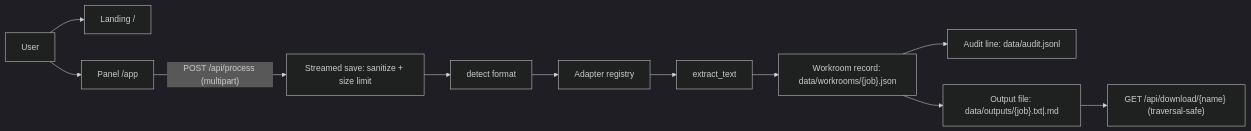
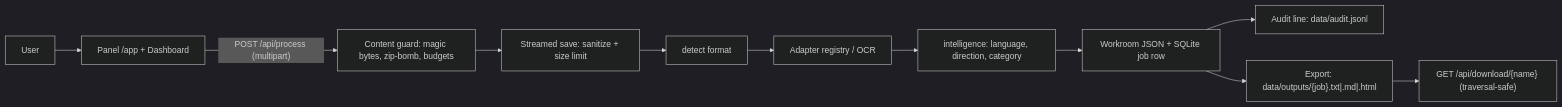
The diagram in README.md (ansariaiadmin/universal-document-os), drawn with Mermaid (dark theme) before and after one commit. The commit also changed other lines of this file and 38 other files, not shown here.

````diff
--- a/README.md
+++ b/README.md
@@ -114,13 +109,13 @@
 ```mermaid
 flowchart LR
-  U[User] --> L["Landing /"]
-  U --> P["Panel /app"]
-  P -->|"POST /api/process (multipart)"| S["Streamed save: sanitize + size limit"]
+  U[User] --> P["Panel /app + Dashboard"]
+  P -->|"POST /api/process (multipart)"| G["Content guard: magic bytes, zip-bomb, budgets"]
+  G --> S["Streamed save: sanitize + size limit"]
   S --> D[detect format]
-  D --> R[Adapter registry]
-  R --> E[extract_text]
-  E --> W["Workroom record: data/workrooms/{job}.json"]
+  D --> R[Adapter registry / OCR]
+  R --> I[intelligence: language, direction, category]
+  I --> W["Workroom JSON + SQLite job row"]
   W --> A["Audit line: data/audit.jsonl"]
-  W --> O["Output file: data/outputs/{job}.txt|.md"]
+  W --> O["Export: data/outputs/{job}.txt|.md|.html"]
   O --> DL["GET /api/download/{name} (traversal-safe)"]
 ```
````
